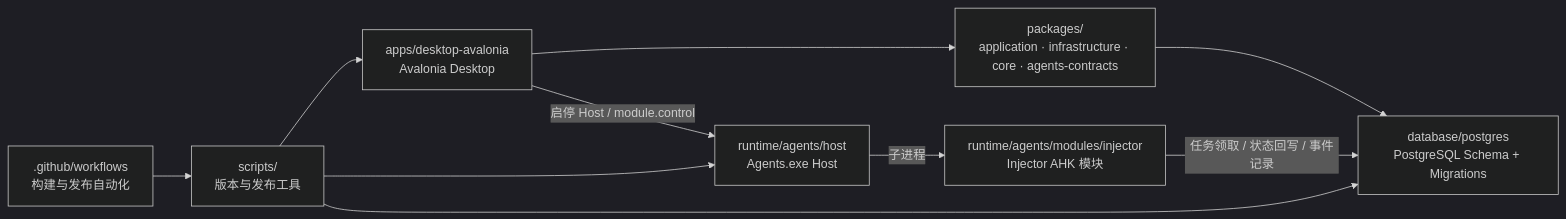
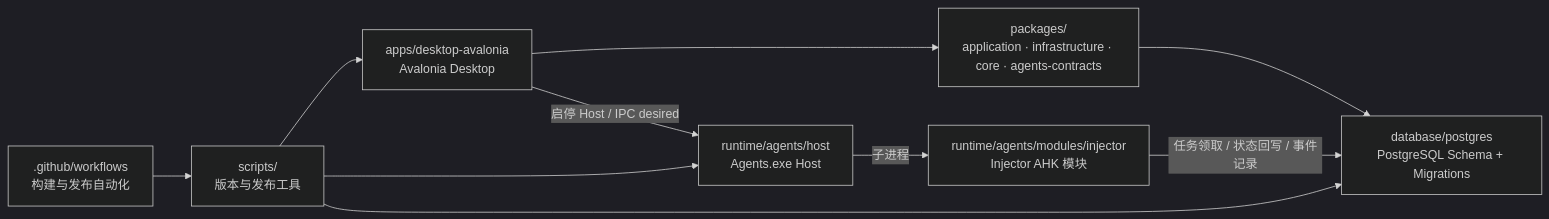
Before and after one commit to pacmandoh/pactoolkits: the diagram in README.zh-CN.md, drawn with Mermaid (dark theme). The commit also changed other lines of this file and 6 other files, not shown here.

First line of the commit message:
docs: document Agents desired and Host supervision model

````diff
--- a/README.zh-CN.md
+++ b/README.zh-CN.md
@@ -86,20 +86,20 @@
 ```mermaid
 flowchart LR
     DESKTOP["apps/desktop-avalonia\nAvalonia Desktop"]
     PKG["packages/\napplication · infrastructure · core · agents-contracts"]
     HOST["runtime/agents/host\nAgents.exe Host"]
     INJ["runtime/agents/modules/injector\nInjector AHK 模块"]
     DB["database/postgres\nPostgreSQL Schema + Migrations"]
     SCRIPTS["scripts/\n版本与发布工具"]
     CI[".github/workflows\n构建与发布自动化"]
 
     DESKTOP --> PKG
-    DESKTOP -->|启停 Host / module.control| HOST
+    DESKTOP -->|启停 Host / IPC desired| HOST
     HOST -->|子进程| INJ
     INJ -->|任务领取 / 状态回写 / 事件记录| DB
     PKG --> DB
     SCRIPTS --> DESKTOP
     SCRIPTS --> HOST
     SCRIPTS --> DB
     CI --> SCRIPTS
 ```
````
